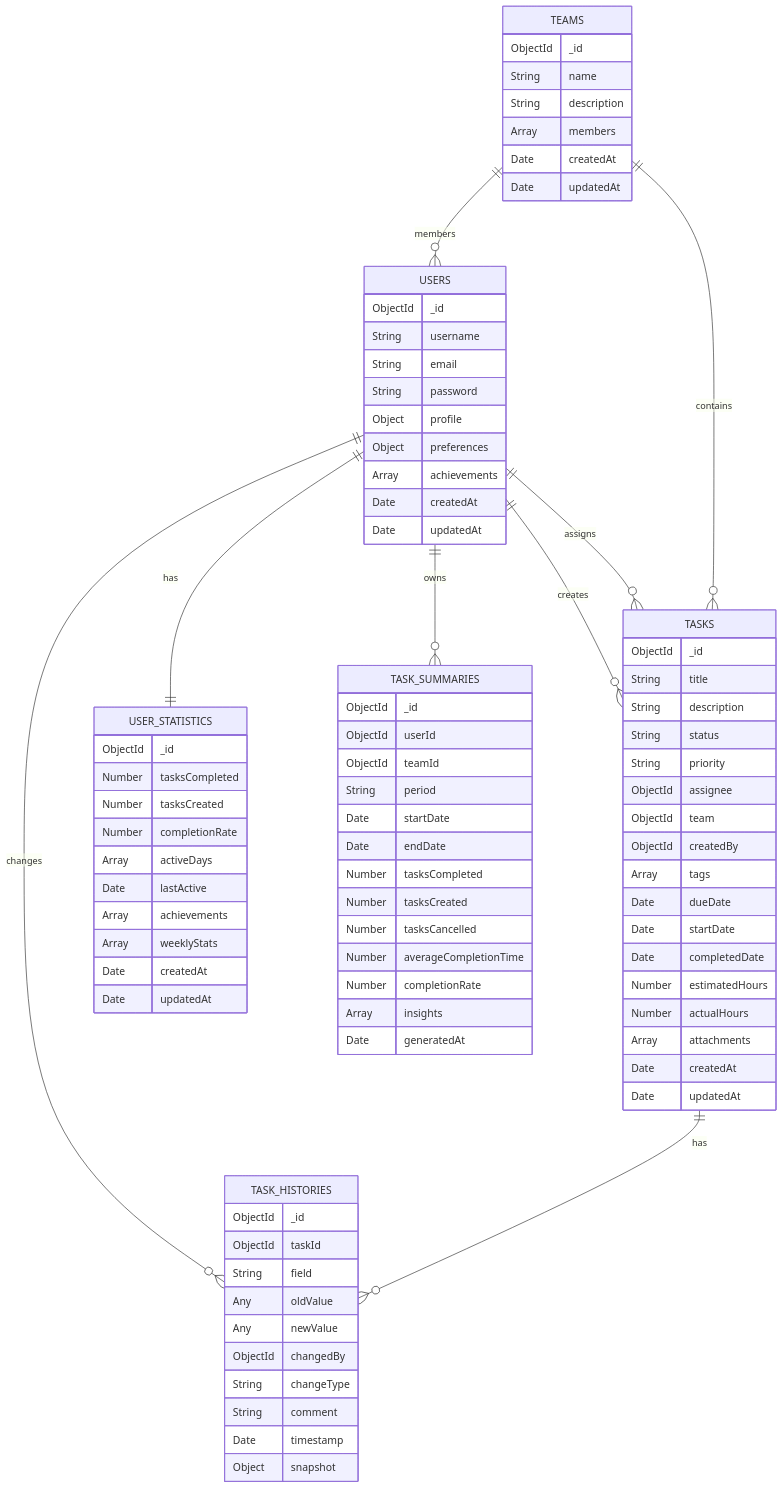
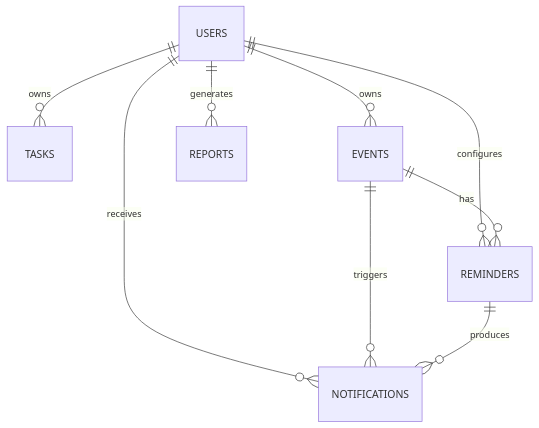
One commit to axfinn/todoIngPlus changed the diagram in docs/database-design.md. Above: the diagram before and after it, drawn with Mermaid. The commit also changed other lines of this file and 5 other files, not shown here.

````diff
--- a/docs/database-design.md
+++ b/docs/database-design.md
@@ -225,94 +176,11 @@
 ```mermaid
 erDiagram
-    USERS ||--o{ TASKS : creates
-    USERS ||--o{ TASKS : assigns
-    USERS ||--o{ TASK_HISTORIES : changes
-    USERS ||--|| USER_STATISTICS : has
-    USERS ||--o{ TASK_SUMMARIES : owns
-    TEAMS ||--o{ TASKS : contains
-    TEAMS ||--o{ USERS : members
-    TASKS ||--o{ TASK_HISTORIES : has
-
-    USERS {
-        ObjectId _id
-        String username
-        String email
-        String password
-        Object profile
-        Object preferences
-        Array achievements
-        Date createdAt
-        Date updatedAt
-    }
-    
-    TEAMS {
-        ObjectId _id
-        String name
-        String description
-        Array members
-        Date createdAt
-        Date updatedAt
-    }
-    
-    TASKS {
-        ObjectId _id
-        String title
-        String description
-        String status
-        String priority
-        ObjectId assignee
-        ObjectId team
-        ObjectId createdBy
-        Array tags
-        Date dueDate
-        Date startDate
-        Date completedDate
-        Number estimatedHours
-        Number actualHours
-        Array attachments
-        Date createdAt
-        Date updatedAt
-    }
-    
-    TASK_HISTORIES {
-        ObjectId _id
-        ObjectId taskId
-        String field
-        Any oldValue
-        Any newValue
-        ObjectId changedBy
-        String changeType
-        String comment
-        Date timestamp
-        Object snapshot
-    }
-    
-    USER_STATISTICS {
-        ObjectId _id
-        Number tasksCompleted
-        Number tasksCreated
-        Number completionRate
-        Array activeDays
-        Date lastActive
-        Array achievements
-        Array weeklyStats
-        Date createdAt
-        Date updatedAt
-    }
-    
-    TASK_SUMMARIES {
-        ObjectId _id
-        ObjectId userId
-        ObjectId teamId
-        String period
-        Date startDate
-        Date endDate
-        Number tasksCompleted
-        Number tasksCreated
-        Number tasksCancelled
-        Number averageCompletionTime
-        Number completionRate
-        Array insights
-        Date generatedAt
-    }
+  USERS ||--o{ TASKS : owns
+  USERS ||--o{ EVENTS : owns
+  USERS ||--o{ REMINDERS : configures
+  USERS ||--o{ REPORTS : generates
+  USERS ||--o{ NOTIFICATIONS : receives
+  EVENTS ||--o{ REMINDERS : has
+  EVENTS ||--o{ NOTIFICATIONS : triggers
+  REMINDERS ||--o{ NOTIFICATIONS : produces
 ```
````
